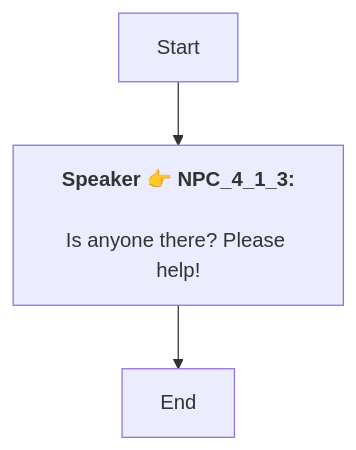
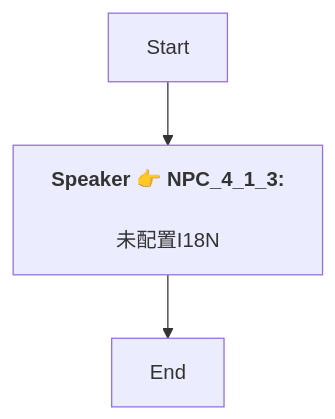
One commit to SoftHu/tos_avg changed the diagram in En/QuestApproachDialogNode_1739063106994376.md. Above: the diagram before and after it, drawn with Mermaid. The commit also changed 780 other files, not shown here.

````diff
--- a/En/QuestApproachDialogNode_1739063106994376.md
+++ b/En/QuestApproachDialogNode_1739063106994376.md
@@ -1,7 +1,7 @@
 ```mermaid
 graph
 Start -->1739069851234500[<b>Speaker 👉 NPC_4_1_3:</b>
-\nIs anyone there? Please help!]
+\n未配置I18N]
 1739069851234500 -->1739063222879437[End]
 
 ```
````
